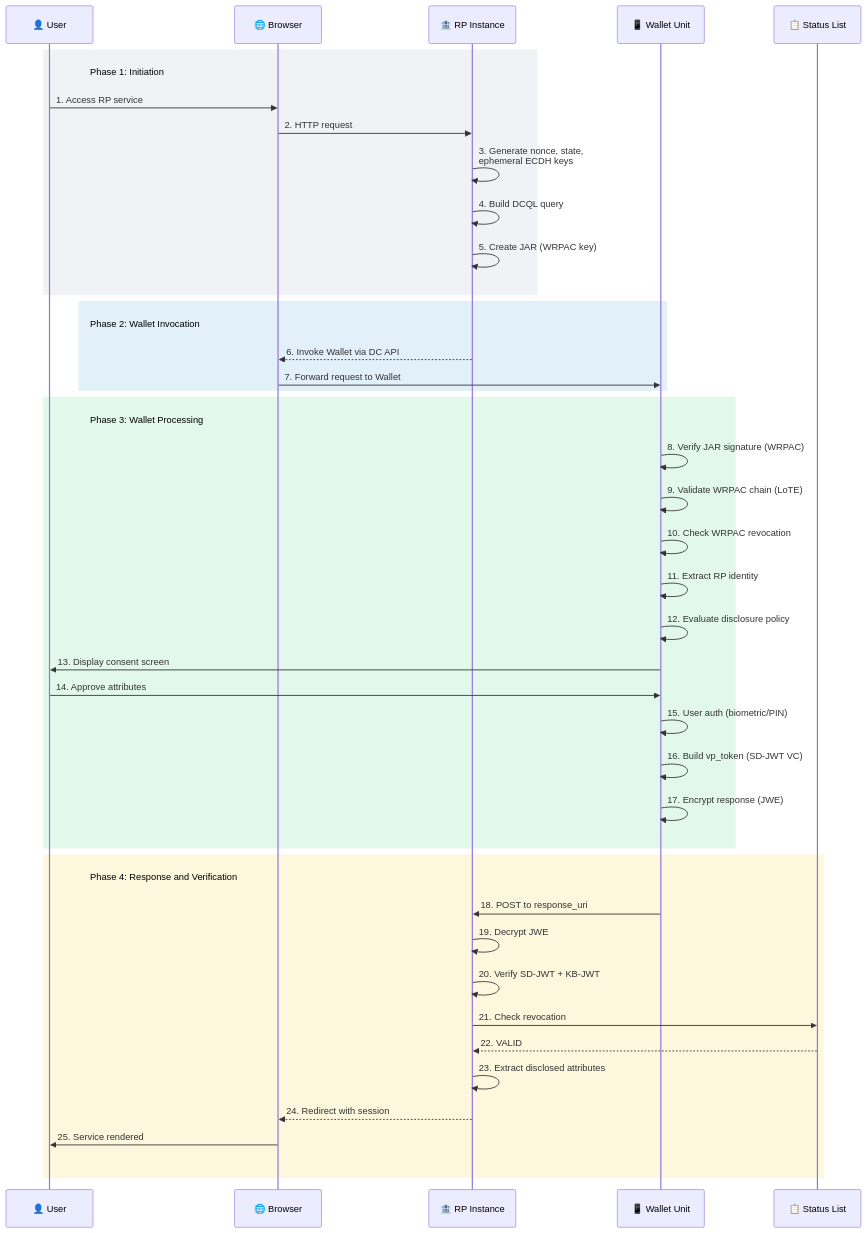
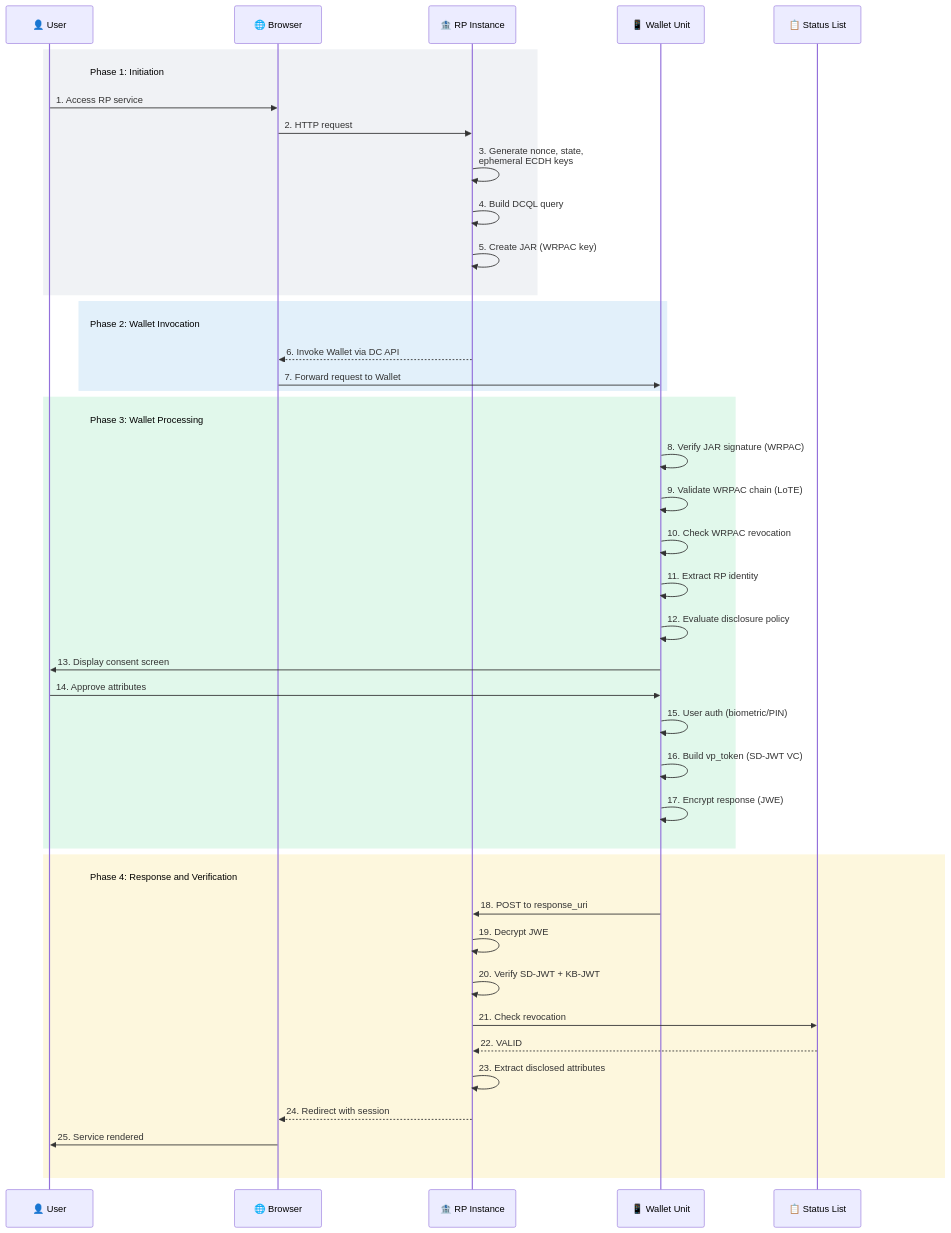
Before and after one commit to ivanstambuk/deep-research: diagram 11 of 27 in papers/DR-0002/DR-0002-eudi-wallet-relying-party-integration.md, drawn with Mermaid. The commit also changed other lines of this file and 2 other files, not shown here.

Commit message:
docs: fix rightmost actor in sequence diagrams and add guardrail

````diff
--- a/papers/DR-0002/DR-0002-eudi-wallet-relying-party-integration.md
+++ b/papers/DR-0002/DR-0002-eudi-wallet-relying-party-integration.md
@@ -1839,60 +1839,60 @@
 ```mermaid
 ---
 config:
   themeVariables:
     noteBkgColor: "transparent"
     noteBorderColor: "transparent"
   sequence:
     messageAlign: left
     noteAlign: left
     actorMargin: 120
 ---
 sequenceDiagram
     participant User as 👤 User
     participant Browser as 🌐 Browser
     participant RP as 🏦 RP Instance
     participant WU as 📱 Wallet Unit
     participant SL as 📋 Status List
 
     rect rgba(148, 163, 184, 0.14)
     Note right of User: Phase 1: Initiation
     User->>Browser: 1. Access RP service
     Browser->>RP: 2. HTTP request
     RP->>RP: 3. Generate nonce, state,<br/>ephemeral ECDH keys
     RP->>RP: 4. Build DCQL query
     RP->>RP: 5. Create JAR (WRPAC key)
     end
 
     rect rgba(52, 152, 219, 0.14)
     Note right of User: Phase 2: Wallet Invocation
     RP-->>Browser: 6. Invoke Wallet via DC API
     Browser->>WU: 7. Forward request to Wallet
     end
 
     rect rgba(46, 204, 113, 0.14)
     Note right of User: Phase 3: Wallet Processing
     WU->>WU: 8. Verify JAR signature (WRPAC)
     WU->>WU: 9. Validate WRPAC chain (LoTE)
     WU->>WU: 10. Check WRPAC revocation
     WU->>WU: 11. Extract RP identity
     WU->>WU: 12. Evaluate disclosure policy
     WU->>User: 13. Display consent screen
     User->>WU: 14. Approve attributes
     WU->>WU: 15. User auth (biometric/PIN)
     WU->>WU: 16. Build vp_token (SD-JWT VC)
     WU->>WU: 17. Encrypt response (JWE)
     end
 
     rect rgba(241, 196, 15, 0.14)
     Note right of User: Phase 4: Response and Verification
     WU->>RP: 18. POST to response_uri
     RP->>RP: 19. Decrypt JWE
     RP->>RP: 20. Verify SD-JWT + KB-JWT
     RP->>SL: 21. Check revocation
     SL-->>RP: 22. VALID
     RP->>RP: 23. Extract disclosed attributes
     RP-->>Browser: 24. Redirect with session
     Browser->>User: 25. Service rendered
-    Note right of RP: ⠀
+    Note right of SL: ⠀
     end
 ```
````
